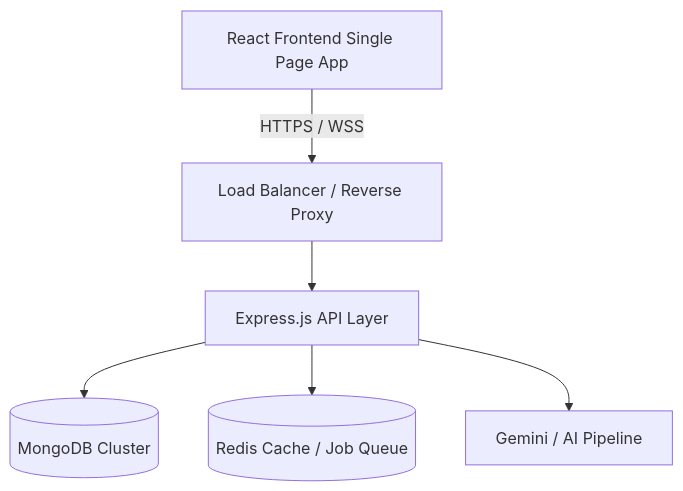
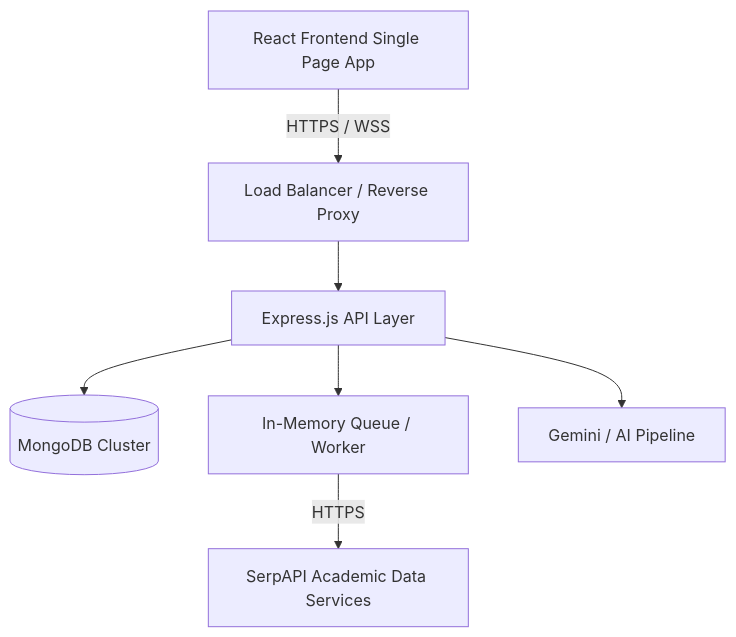
One commit to CodewithsushilOfficial/Research.connect changed the first of 4 diagrams in docs/architecture_guide.md. Above: the diagram before and after it, drawn with Mermaid. The commit also changed other lines of this file and 6 other files, not shown here.

Commit message:
docs: update README, database schema, and developer guides for Phase 1

````diff
--- a/docs/architecture_guide.md
+++ b/docs/architecture_guide.md
@@ -11,15 +11,17 @@
 ```mermaid
 graph TD
     Client[React Frontend Single Page App]
     LB[Load Balancer / Reverse Proxy]
     API[Express.js API Layer]
     DB[(MongoDB Cluster)]
-    Cache[(Redis Cache / Job Queue)]
+    Queue[In-Memory Queue / Worker]
     AI[Gemini / AI Pipeline]
+    SerpAPI[SerpAPI Academic Data Services]
     
     Client -->|HTTPS / WSS| LB
     LB --> API
     API --> DB
-    API --> Cache
+    API --> Queue
     API --> AI
+    Queue -->|HTTPS| SerpAPI
 ```
````
